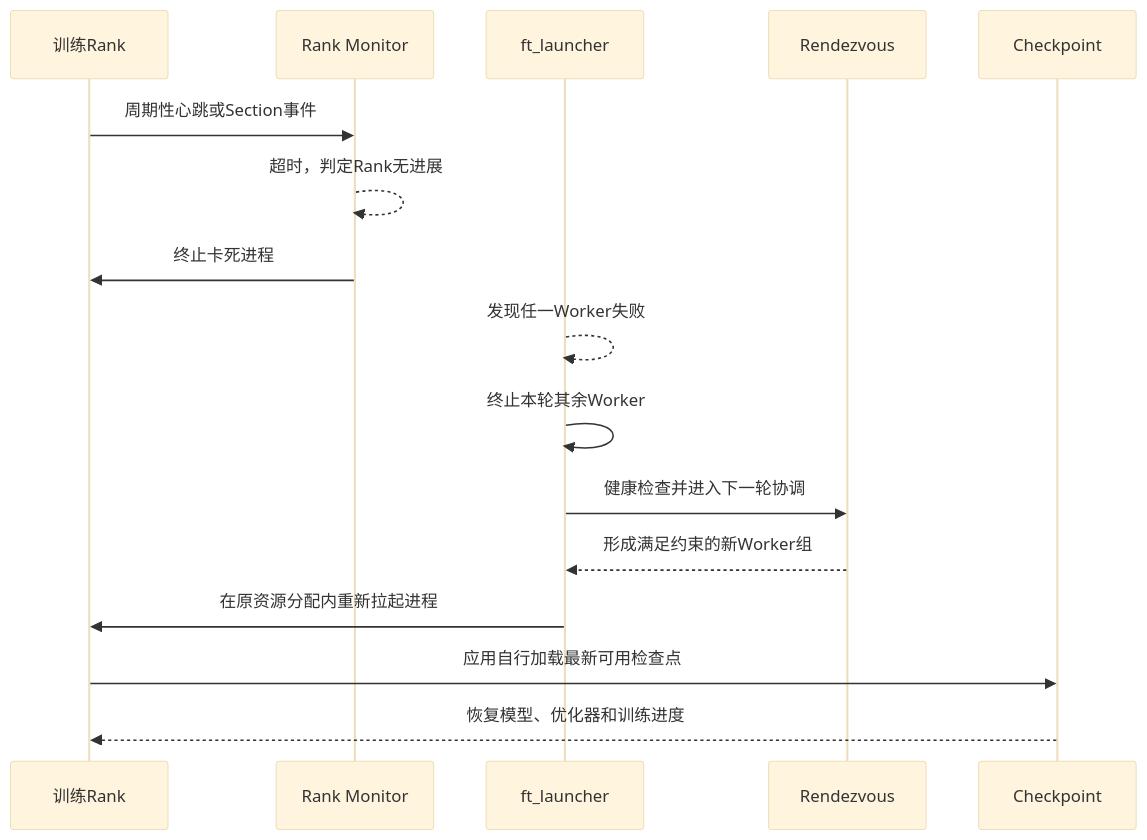
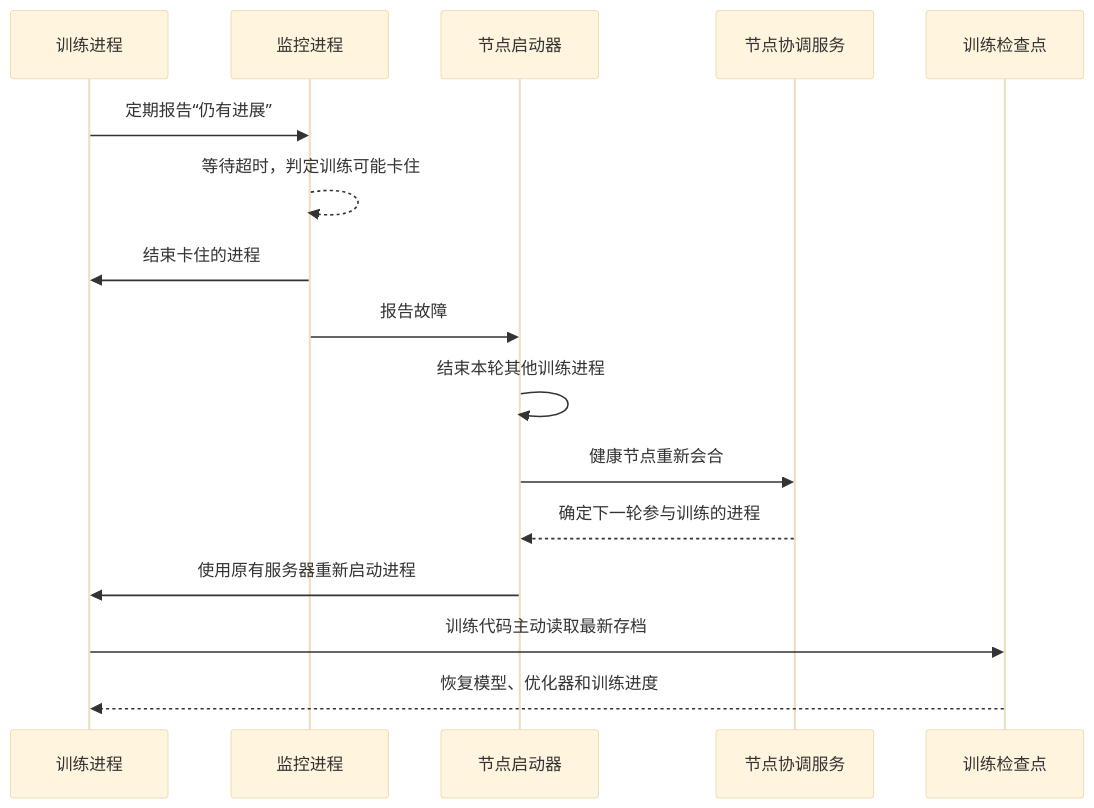
One commit to gqcn/johns-blog changed the third of 3 diagrams in docs/docs/1000-AI技术/600-训练微调/200-开发训练组件/1000-NVIDIA Resiliency Extension项目调研.md. Above: the diagram before and after it, drawn with Mermaid (base theme). The commit also changed other lines of this file, not shown here.

````diff
--- a/docs/docs/1000-AI技术/600-训练微调/200-开发训练组件/1000-NVIDIA Resiliency Extension项目调研.md
+++ b/docs/docs/1000-AI技术/600-训练微调/200-开发训练组件/1000-NVIDIA Resiliency Extension项目调研.md
@@ -154,19 +160,19 @@
 ```mermaid
 sequenceDiagram
-    participant T as 训练Rank
-    participant M as Rank Monitor
-    participant L as ft_launcher
-    participant R as Rendezvous
-    participant C as Checkpoint
+    participant T as 训练进程
+    participant M as 监控进程
+    participant L as 节点启动器
+    participant R as 节点协调服务
+    participant C as 训练检查点
 
-    T->>M: 周期性心跳或Section事件
-    M-->>M: 超时，判定Rank无进展
-    M->>T: 终止卡死进程
-    L-->>L: 发现任一Worker失败
-    L->>L: 终止本轮其余Worker
-    L->>R: 健康检查并进入下一轮协调
-    R-->>L: 形成满足约束的新Worker组
-    L->>T: 在原资源分配内重新拉起进程
-    T->>C: 应用自行加载最新可用检查点
+    T->>M: 定期报告“仍有进展”
+    M-->>M: 等待超时，判定训练可能卡住
+    M->>T: 结束卡住的进程
+    M->>L: 报告故障
+    L->>L: 结束本轮其他训练进程
+    L->>R: 健康节点重新会合
+    R-->>L: 确定下一轮参与训练的进程
+    L->>T: 使用原有服务器重新启动进程
+    T->>C: 训练代码主动读取最新存档
     C-->>T: 恢复模型、优化器和训练进度
 ```
````
